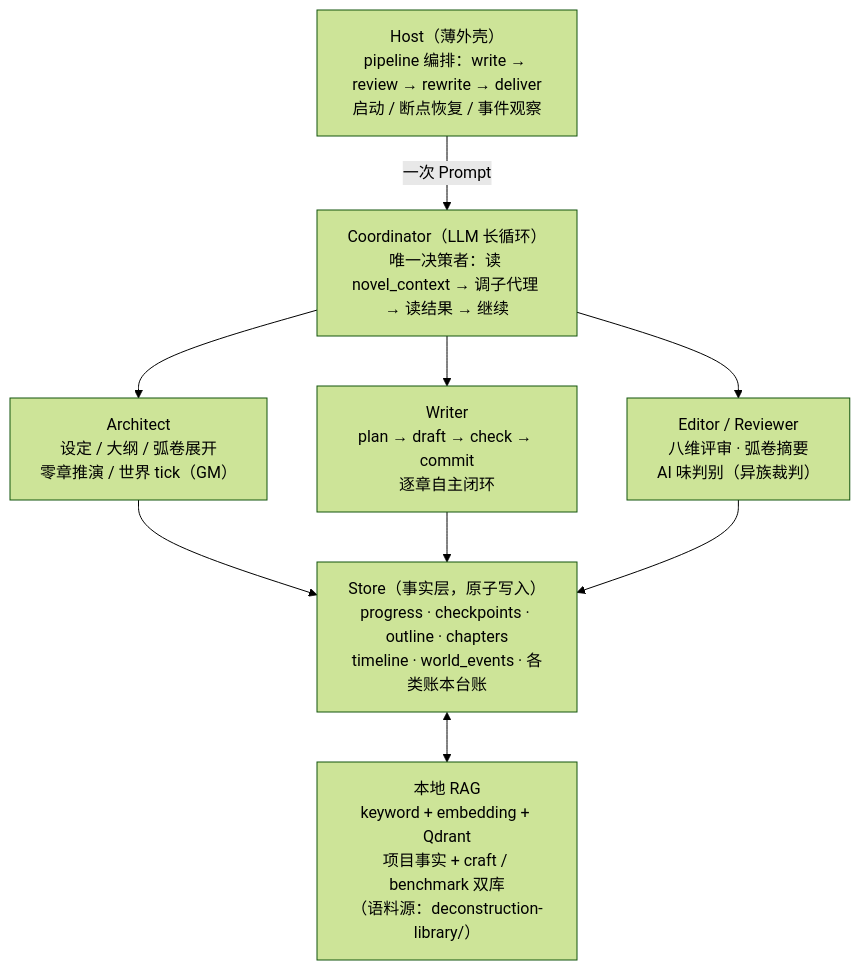
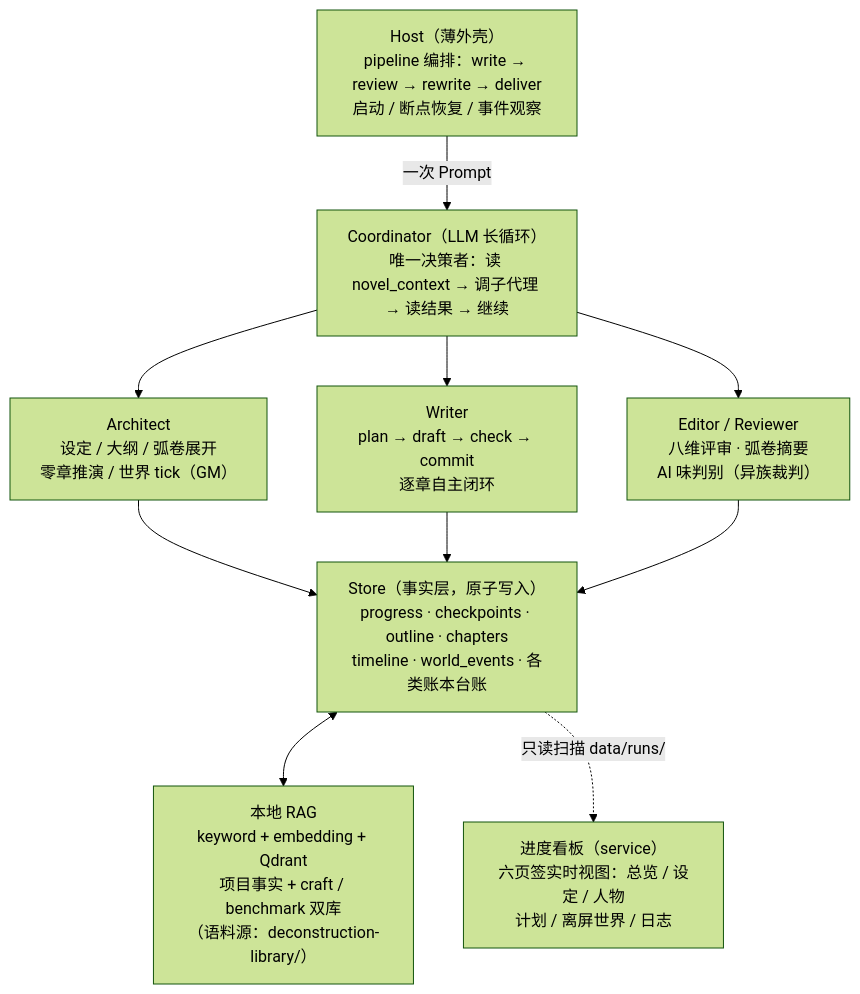
One commit to Xiaoyangy/novel-studio changed the second of 4 diagrams in README.md. Above: the diagram before and after it, drawn with Mermaid (forest theme). The commit also changed other lines of this file, not shown here.

````diff
--- a/README.md
+++ b/README.md
@@ -98,12 +98,13 @@
 ```mermaid
 flowchart TD
     P["Host（薄外壳）<br/>pipeline 编排：write → review → rewrite → deliver<br/>启动 / 断点恢复 / 事件观察"]
     P -->|一次 Prompt| CO["Coordinator（LLM 长循环）<br/>唯一决策者：读 novel_context → 调子代理 → 读结果 → 继续"]
     CO --> AR["Architect<br/>设定 / 大纲 / 弧卷展开<br/>零章推演 / 世界 tick（GM）"]
     CO --> WR["Writer<br/>plan → draft → check → commit<br/>逐章自主闭环"]
     CO --> ED["Editor / Reviewer<br/>八维评审 · 弧卷摘要<br/>AI 味判别（异族裁判）"]
     AR --> ST["Store（事实层，原子写入）<br/>progress · checkpoints · outline · chapters<br/>timeline · world_events · 各类账本台账"]
     WR --> ST
     ED --> ST
     ST <--> RAG["本地 RAG<br/>keyword + embedding + Qdrant<br/>项目事实 + craft / benchmark 双库<br/>（语料源：deconstruction-library/）"]
+    ST -.->|"只读扫描 data/runs/"| VIEW["进度看板（service）<br/>六页签实时视图：总览 / 设定 / 人物<br/>计划 / 离屏世界 / 日志"]
 ```
````
